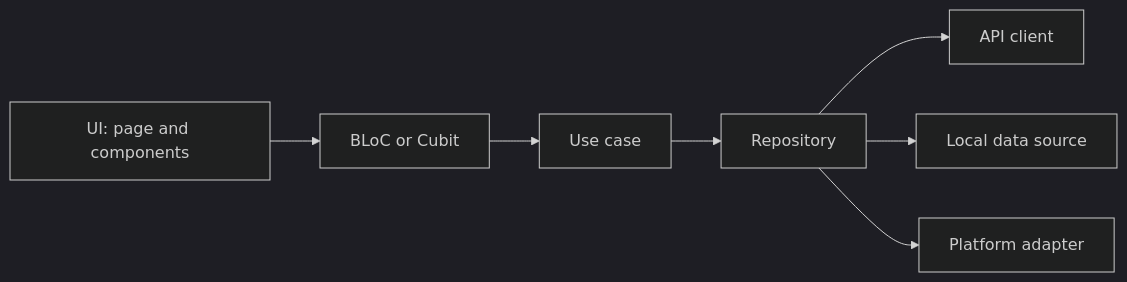
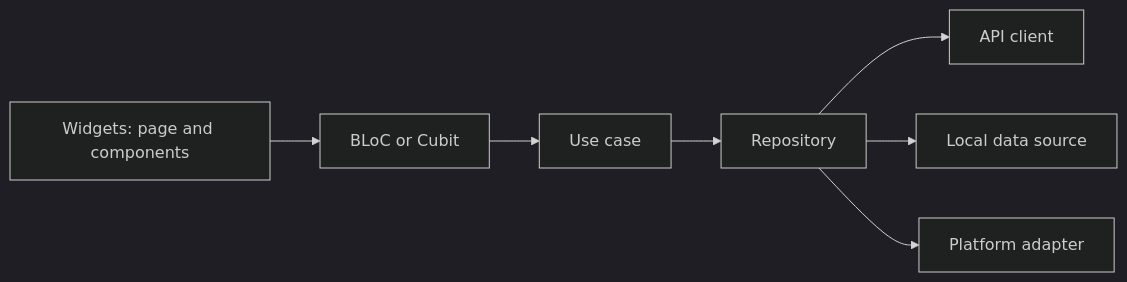
Before and after one commit to fam-tung-lam/ptlam-agent-plugin: the diagram in skills/ptlam-code-style-flutter/references/architecture.md, drawn with Mermaid (dark theme). The commit also changed other lines of this file and 33 other files, not shown here.

````diff
--- a/skills/ptlam-code-style-flutter/references/architecture.md
+++ b/skills/ptlam-code-style-flutter/references/architecture.md
@@ -5,9 +5,9 @@
 ```mermaid
 flowchart LR
-    UserInterface["UI: page and components"] --> StateHolder["BLoC or Cubit"]
+    Widgets["Widgets: page and components"] --> StateHolder["BLoC or Cubit"]
     StateHolder --> UseCase["Use case"]
     UseCase --> Repository["Repository"]
     Repository --> ApiClient["API client"]
     Repository --> LocalDataSource["Local data source"]
     Repository --> PlatformAdapter["Platform adapter"]
 ```
````
